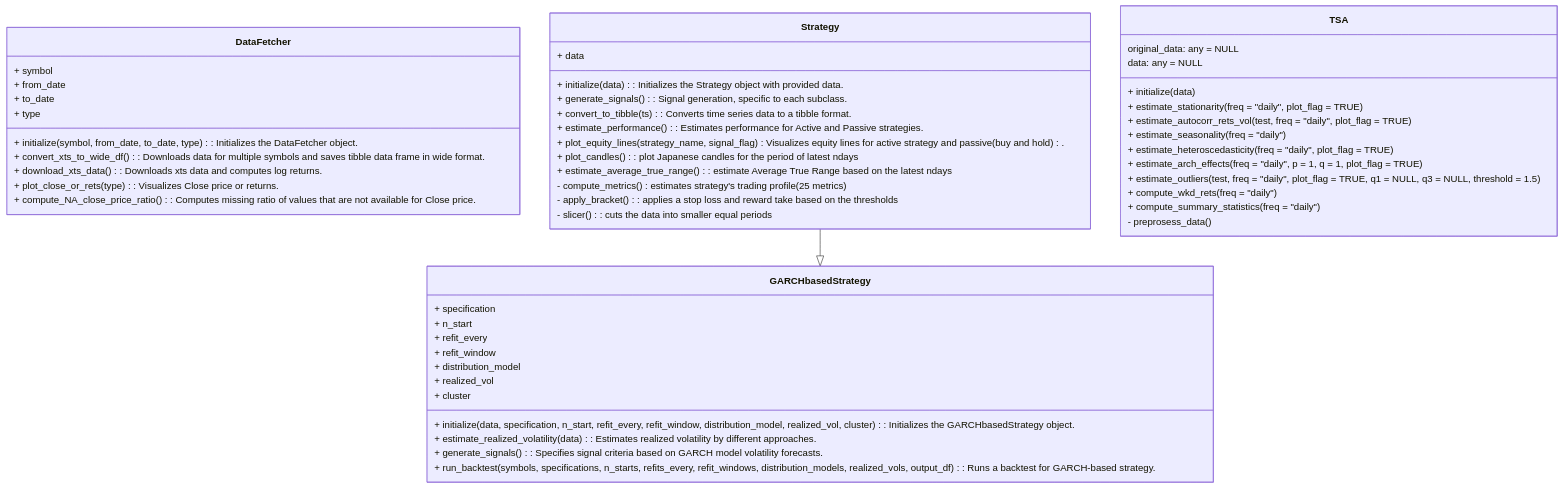
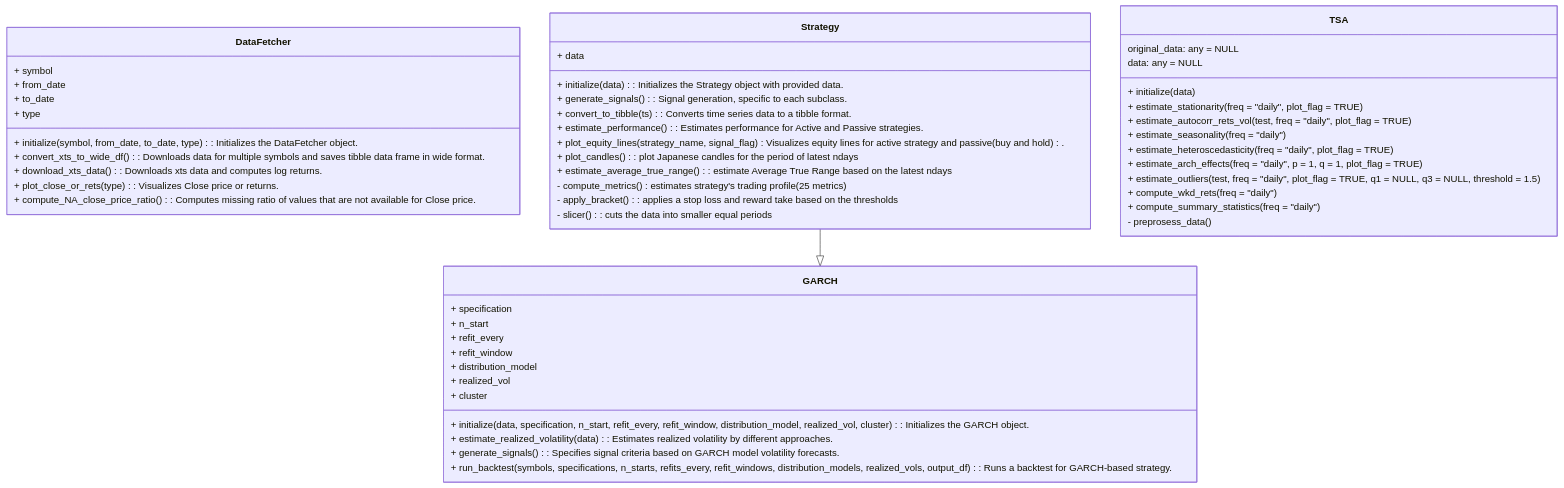
One commit to kraif999/ATS changed the second of 2 diagrams in README.md. Above: the diagram before and after it, drawn with Mermaid. The commit also changed other lines of this file and 1 other file, not shown here.

````diff
--- a/README.md
+++ b/README.md
@@ -62,60 +62,60 @@
 ```mermaid
 classDiagram
 
    class DataFetcher {
         + symbol
         + from_date
         + to_date
         + type
         + initialize(symbol, from_date, to_date, type): Initializes the DataFetcher object.
         + convert_xts_to_wide_df(): Downloads data for multiple symbols and saves tibble data frame in wide format.
         + download_xts_data(): Downloads xts data and computes log returns.
         + plot_close_or_rets(type): Visualizes Close price or returns.
         + compute_NA_close_price_ratio(): Computes missing ratio of values that are not available for Close price.
     }
     class Strategy {
         + data
         + initialize(data) : Initializes the Strategy object with provided data.
         + generate_signals() : Signal generation, specific to each subclass.
         + convert_to_tibble(ts) : Converts time series data to a tibble format.
         + estimate_performance() : Estimates performance for Active and Passive strategies.
         + plot_equity_lines(strategy_name, signal_flag) : Visualizes equity lines for active strategy and passive (buy and hold).
         + plot_candles() : plot Japanese candles for the period of latest ndays
         + estimate_average_true_range() : estimate Average True Range based on the latest ndays
         - compute_metrics() : estimates strategy's trading profile (25 metrics)
         - apply_bracket() : applies a stop loss and reward take based on the thresholds
         - slicer() : cuts the data into smaller equal periods
     }
 
     class TSA {
         original_data: any = NULL
         data: any = NULL
         + initialize(data)
         + estimate_stationarity(freq = "daily", plot_flag = TRUE)
         + estimate_autocorr_rets_vol(test, freq = "daily", plot_flag = TRUE)
         + estimate_seasonality(freq = "daily")
         + estimate_heteroscedasticity(freq = "daily", plot_flag = TRUE)
         + estimate_arch_effects(freq = "daily", p = 1, q = 1, plot_flag = TRUE)
         + estimate_outliers(test, freq = "daily", plot_flag = TRUE, q1 = NULL, q3 = NULL, threshold = 1.5)
         + compute_wkd_rets(freq = "daily")
         + compute_summary_statistics(freq = "daily")
         - preprosess_data()
     }
 
-    class GARCHbasedStrategy {
+    class GARCH {
         + specification
         + n_start
         + refit_every
         + refit_window
         + distribution_model
         + realized_vol
         + cluster
-        + initialize(data, specification, n_start, refit_every, refit_window, distribution_model, realized_vol, cluster) : Initializes the GARCHbasedStrategy object.
+        + initialize(data, specification, n_start, refit_every, refit_window, distribution_model, realized_vol, cluster) : Initializes the GARCH object.
         + estimate_realized_volatility(data) : Estimates realized volatility by different approaches.
         + generate_signals() : Specifies signal criteria based on GARCH model volatility forecasts.
         + run_backtest(symbols, specifications, n_starts, refits_every, refit_windows, distribution_models, realized_vols, output_df) : Runs a backtest for GARCH-based strategy.
     }
 
-    Strategy --|> GARCHbasedStrategy
+    Strategy --|> GARCH
     
 ```
````
